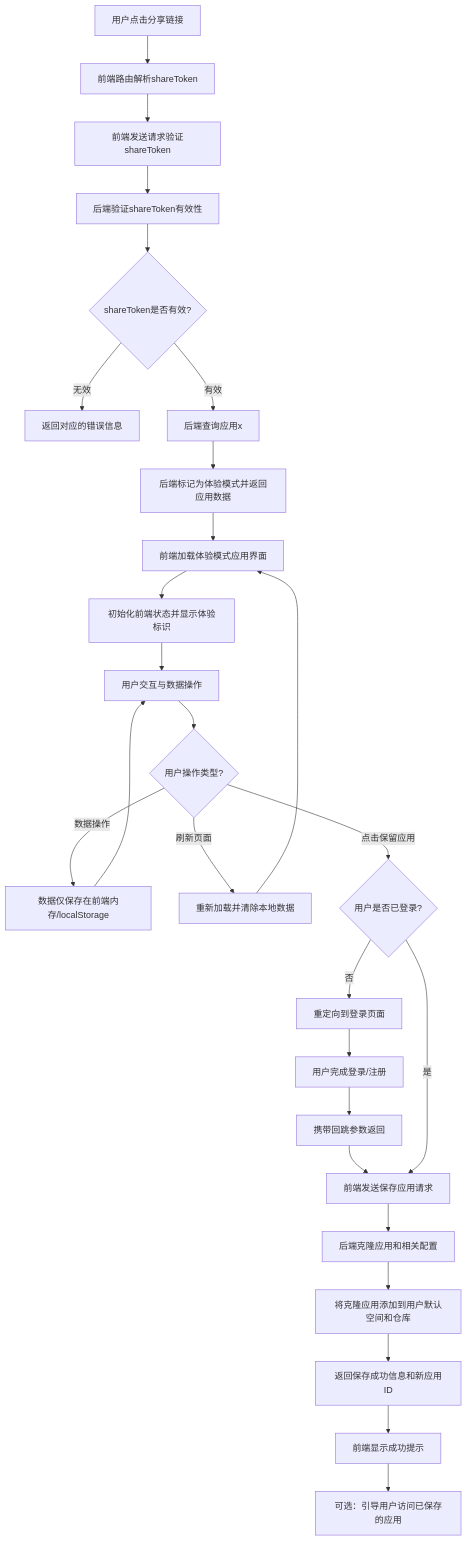
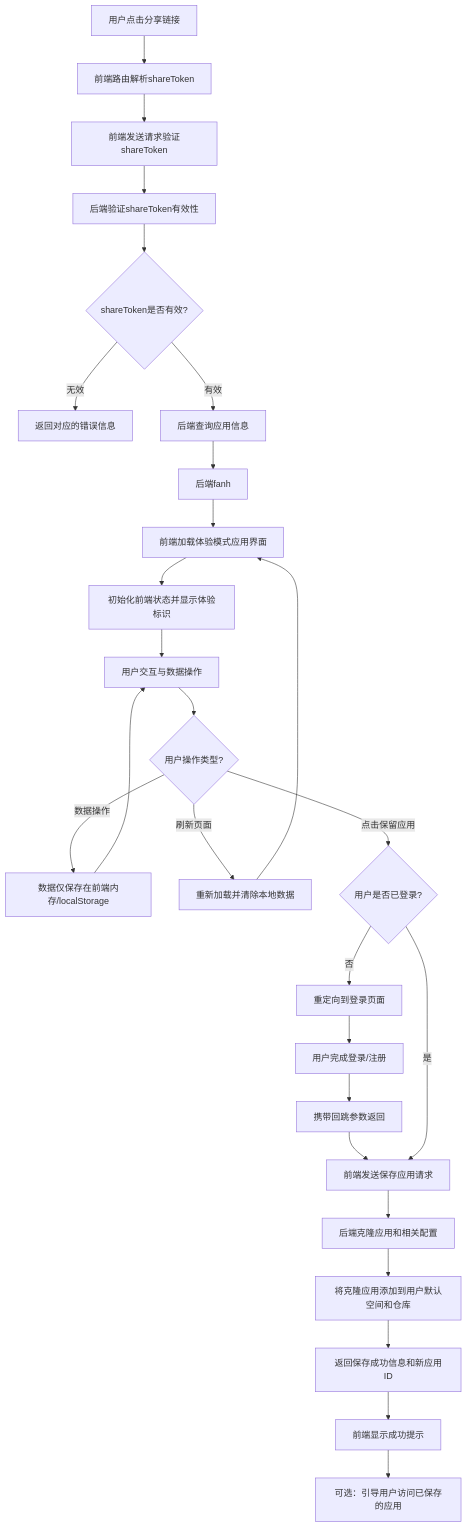
One commit to yingjianzh/iodraw-files changed the diagram in all/未命名-65.md. Above: the diagram before and after it, drawn with Mermaid.

Commit message:
2025-05-22 10:50:24 update

````diff
--- a/all/未命名-65.md
+++ b/all/未命名-65.md
@@ -1,29 +1,29 @@
 ```mermaid
 flowchart TD
     A[用户点击分享链接] --> B[前端路由解析shareToken]
     B --> C[前端发送请求验证shareToken]
     C --> D[后端验证shareToken有效性]
     D --> E{shareToken是否有效?}
     E -->|无效| F[返回对应的错误信息]
-    E -->|有效| G[后端查询应用x]
-    G --> H[后端标记为体验模式并返回应用数据]
+    E -->|有效| G[后端查询应用信息]
+    G --> H[后端fanh ]
     H --> I[前端加载体验模式应用界面]
     I --> J[初始化前端状态并显示体验标识]
     J --> K[用户交互与数据操作]
     K --> L{用户操作类型?}
     L -->|数据操作| M[数据仅保存在前端内存/localStorage]
     M --> K
     L -->|刷新页面| N[重新加载并清除本地数据]
     N --> I
     L -->|点击保留应用| O{用户是否已登录?}
     O -->|否| P[重定向到登录页面]
     P --> Q[用户完成登录/注册]
     Q --> R[携带回跳参数返回]
     R --> S[前端发送保存应用请求]
     O -->|是| S
     S --> T[后端克隆应用和相关配置]
     T --> U[将克隆应用添加到用户默认空间和仓库]
     U --> V[返回保存成功信息和新应用ID]
     V --> W[前端显示成功提示]
     W --> X[可选：引导用户访问已保存的应用]
 ```
````
